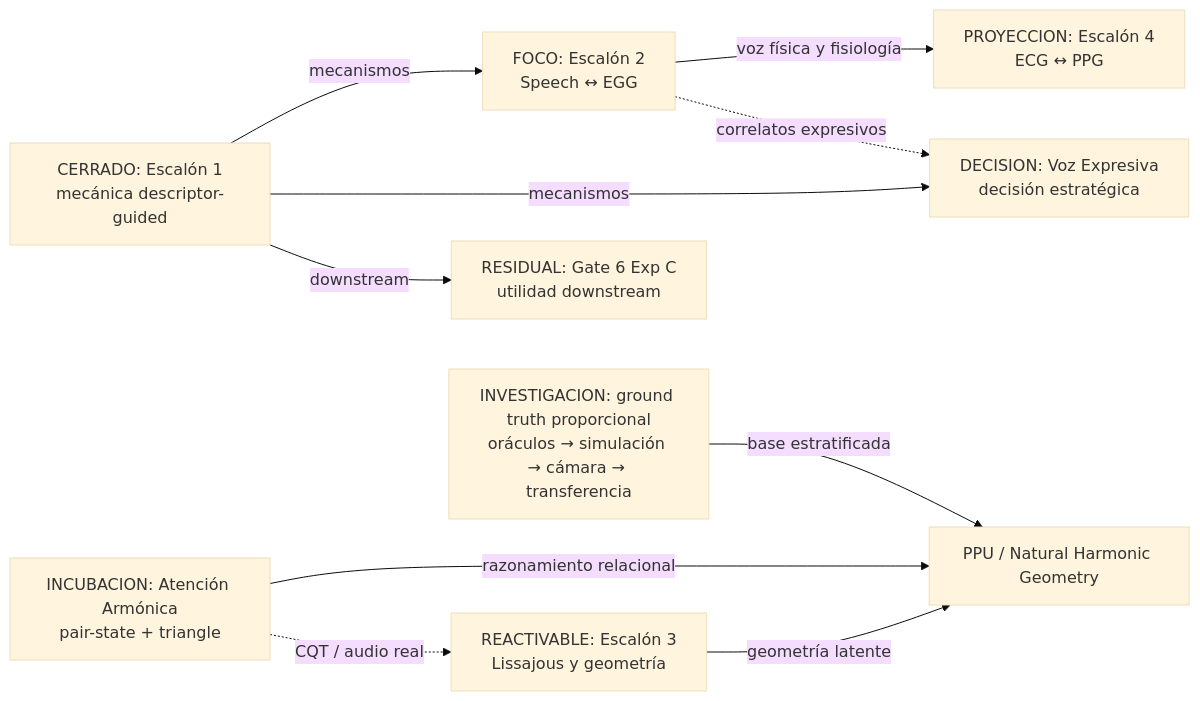
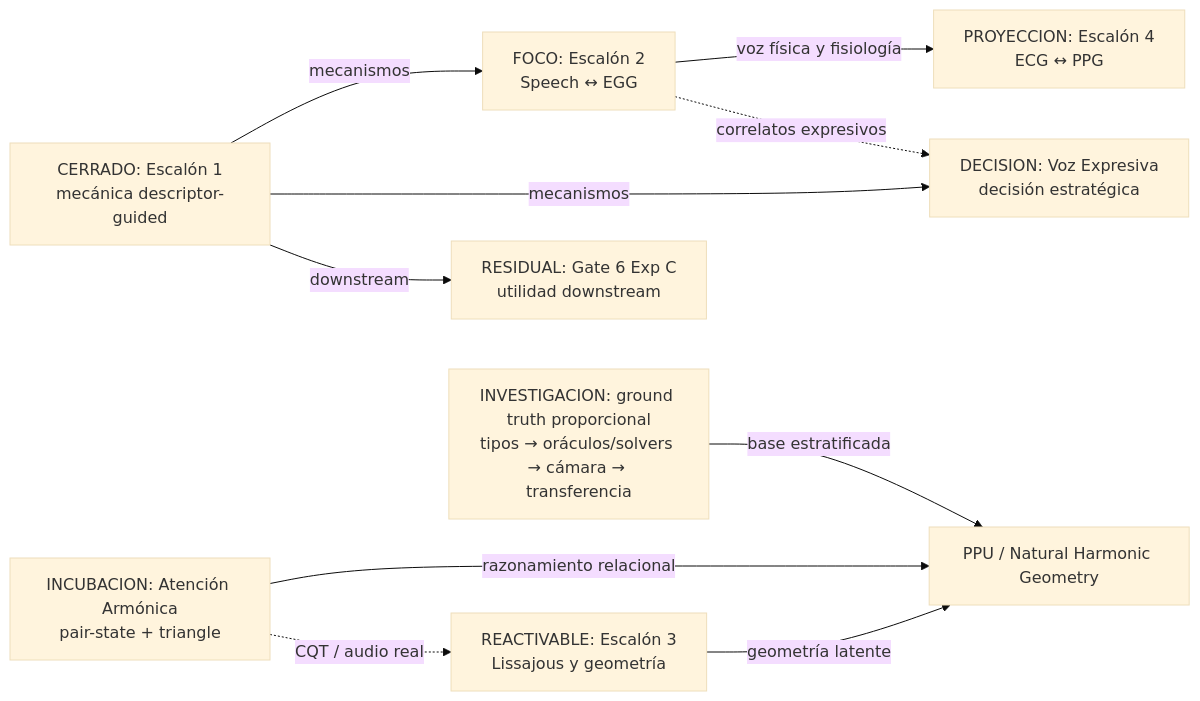
Before and after one commit to Mar-IA-no/Phideus: the first of 2 diagrams in Documents/05_WIKI/MAPA_VISUAL_DEL_PROGRAMA.md, drawn with Mermaid (base theme). The commit also changed 10 other files, not shown here.

````diff
--- a/Documents/05_WIKI/MAPA_VISUAL_DEL_PROGRAMA.md
+++ b/Documents/05_WIKI/MAPA_VISUAL_DEL_PROGRAMA.md
@@ -36,22 +36,22 @@
 ```mermaid
 flowchart LR
     E1["CERRADO: Escalón 1<br/>mecánica descriptor-guided"]
     G6["RESIDUAL: Gate 6 Exp C<br/>utilidad downstream"]
     E2["FOCO: Escalón 2<br/>Speech ↔ EGG"]
     VE["DECISION: Voz Expresiva<br/>decisión estratégica"]
     E3["REACTIVABLE: Escalón 3<br/>Lissajous y geometría"]
     AA["INCUBACION: Atención Armónica<br/>pair-state + triangle"]
     E4["PROYECCION: Escalón 4<br/>ECG ↔ PPG"]
     PPU["PPU / Natural Harmonic Geometry"]
-    GT["INVESTIGACION: ground truth proporcional<br/>oráculos → simulación → cámara → transferencia"]
+    GT["INVESTIGACION: ground truth proporcional<br/>tipos → oráculos/solvers → cámara → transferencia"]
 
     E1 -->|mecanismos| E2
     E1 -->|mecanismos| VE
     E1 -->|downstream| G6
     E2 -->|voz física y fisiología| E4
     E2 -.->|correlatos expresivos| VE
     E3 -->|geometría latente| PPU
     AA -->|razonamiento relacional| PPU
     GT -->|base estratificada| PPU
     AA -.->|CQT / audio real| E3
 ```
````
